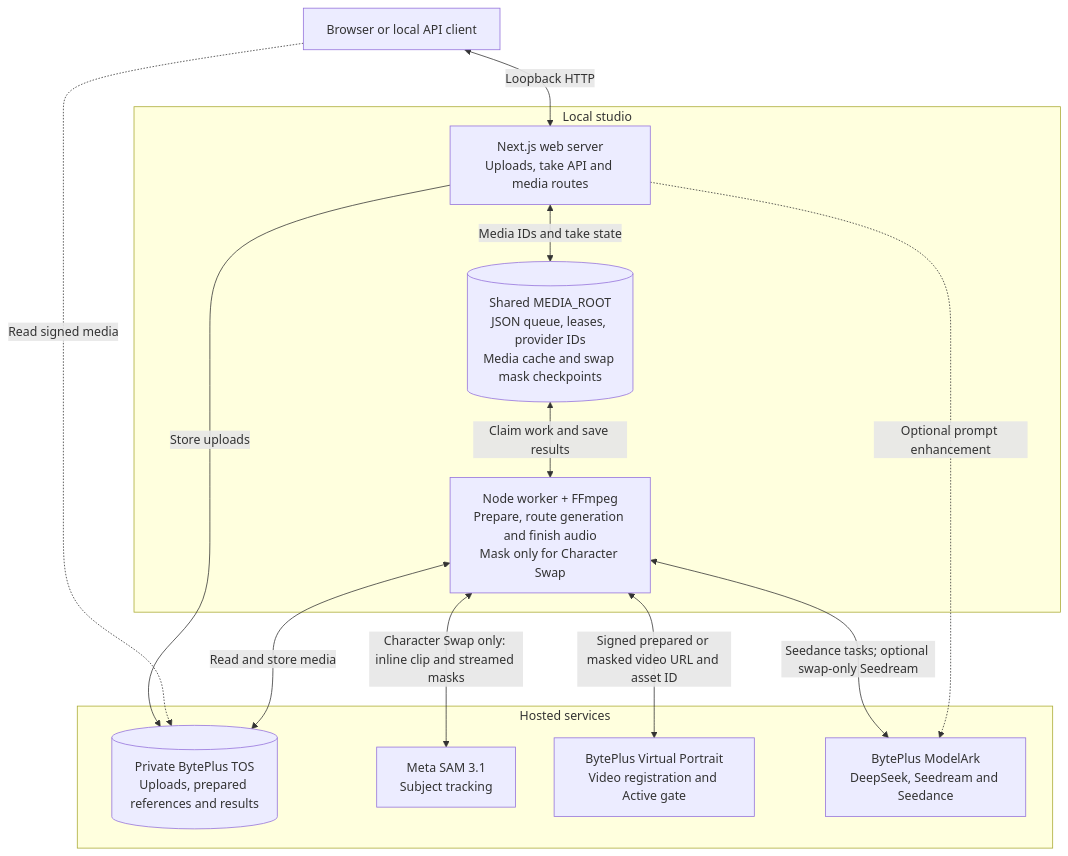
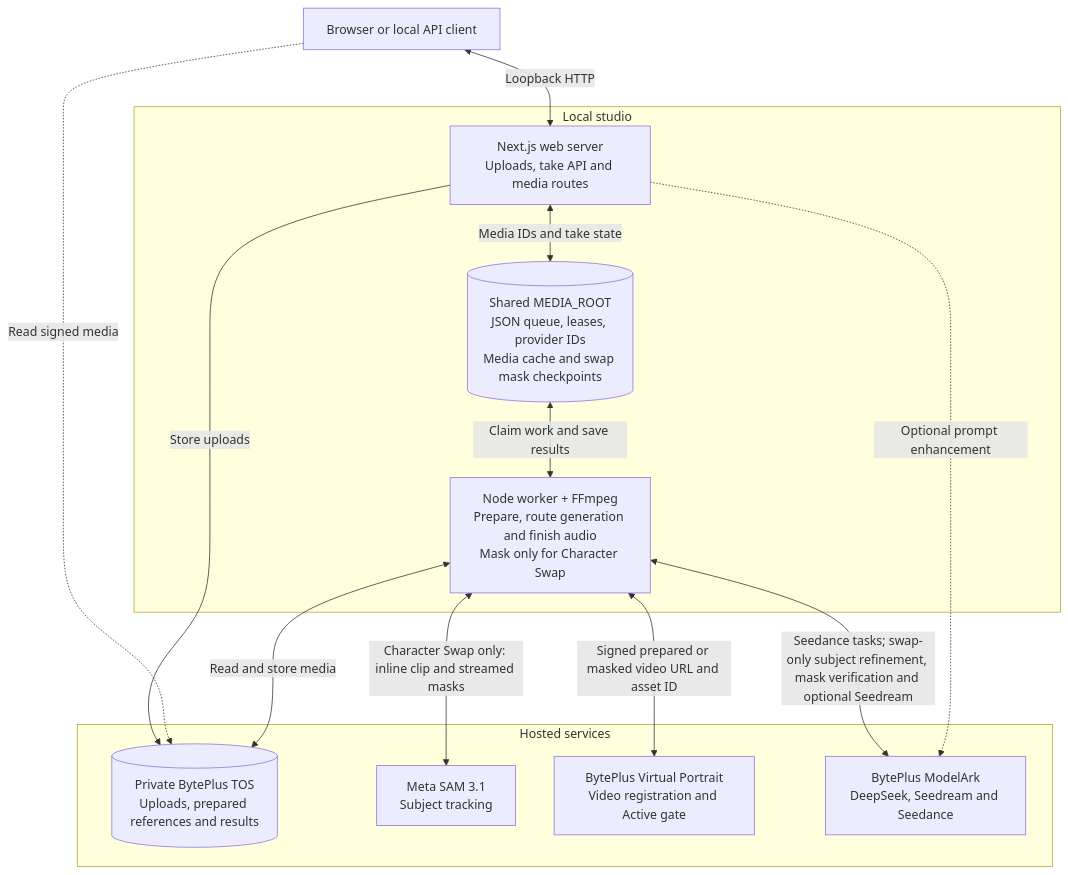
Before and after one commit to ArthurReimus-ByteDance/seed-genjutsu: the fifth of 6 diagrams in README.md, drawn with Mermaid. The commit also changed other lines of this file and 29 other files, not shown here.

First line of the commit message:
Add guarded AI subject refinement and mask review

````diff
--- a/README.md
+++ b/README.md
@@ -226,28 +239,28 @@
 ```mermaid
 flowchart TB
     Client["Browser or local API client"]
 
     subgraph Local["Local studio"]
         Web["Next.js web server<br/>Uploads, take API and media routes"]
         State[("Shared MEDIA_ROOT<br/>JSON queue, leases, provider IDs<br/>Media cache and swap mask checkpoints")]
         Worker["Node worker + FFmpeg<br/>Prepare, route generation and finish audio<br/>Mask only for Character Swap"]
         Web <-->|Media IDs and take state| State
         State <-->|Claim work and save results| Worker
     end
 
     subgraph Hosted["Hosted services"]
         TOS[("Private BytePlus TOS<br/>Uploads, prepared references and results")]
         SAM["Meta SAM 3.1<br/>Subject tracking"]
         Portrait["BytePlus Virtual Portrait<br/>Video registration and Active gate"]
         Ark["BytePlus ModelArk<br/>DeepSeek, Seedream and Seedance"]
     end
 
     Client <-->|Loopback HTTP| Web
     Web -->|Store uploads| TOS
     Client -.->|Read signed media| TOS
     Worker <-->|Read and store media| TOS
     Worker <-->|Character Swap only: inline clip and streamed masks| SAM
     Worker <-->|Signed prepared or masked video URL and asset ID| Portrait
-    Worker <-->|Seedance tasks; optional swap-only Seedream| Ark
+    Worker <-->|Seedance tasks; swap-only subject refinement, mask verification and optional Seedream| Ark
     Web -.->|Optional prompt enhancement| Ark
 ```
````
